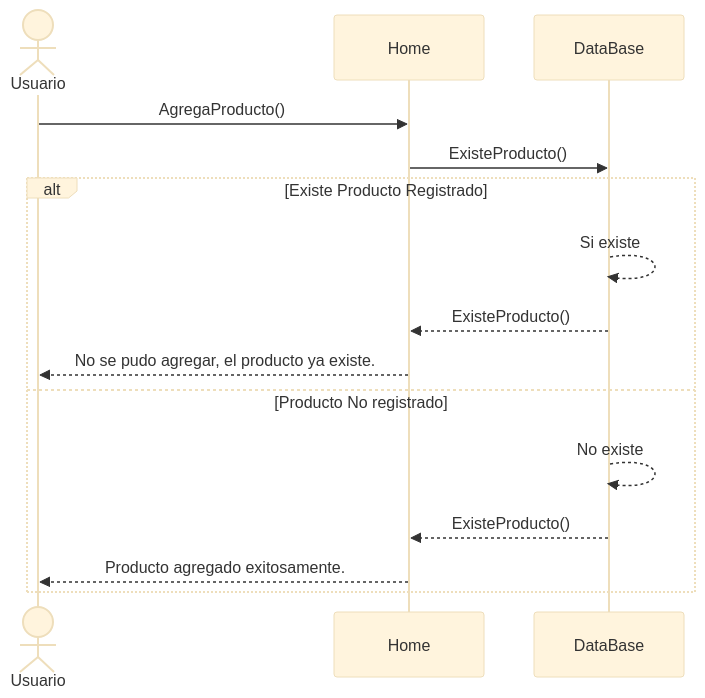
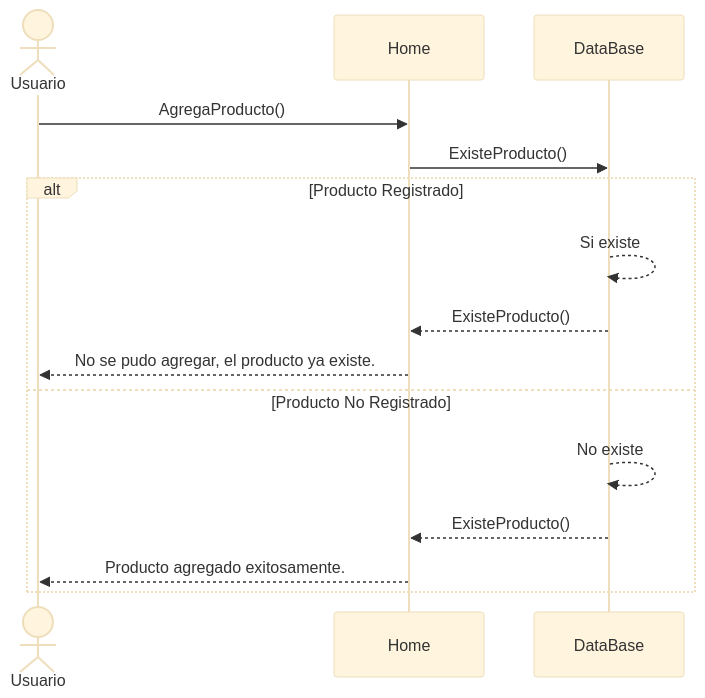
One commit to CokkeDev/Mi-Negocio changed the second of 2 diagrams in README.md. Above: the diagram before and after it, drawn with Mermaid (base theme).

Commit message:
Cambio de escritura del diagrama
cambios de Producto Ya Registrado a Producto Registrado

````diff
--- a/README.md
+++ b/README.md
@@ -90,18 +90,18 @@
 ```mermaid
 sequenceDiagram
     actor Usuario
     participant Home
     participant DataBase
     Usuario->>Home: AgregaProducto();
     Home->>DataBase: ExisteProducto();
 
-    alt Existe Producto Registrado
+    alt Producto Registrado
         DataBase-->>DataBase: Si existe
         DataBase-->>Home: ExisteProducto();
         Home-->>Usuario: No se pudo agregar, el producto ya existe.
-    else Producto No registrado
+    else Producto No Registrado
         DataBase-->>DataBase: No existe
         DataBase-->>Home: ExisteProducto();
         Home-->>Usuario: Producto agregado exitosamente.
     end
 ```
````
